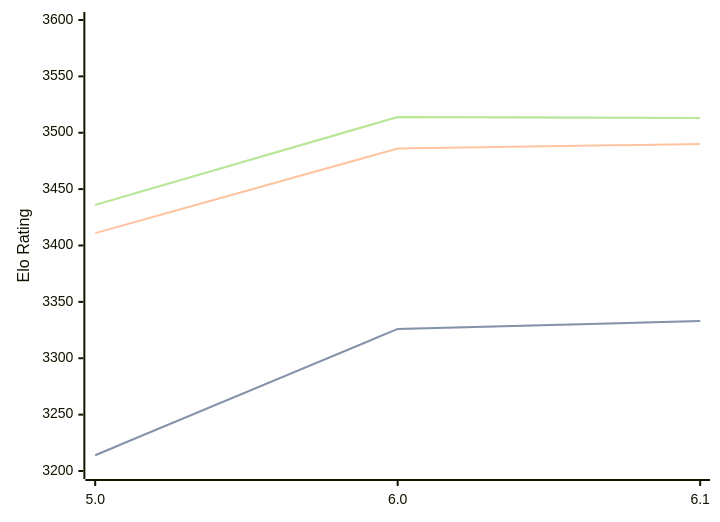
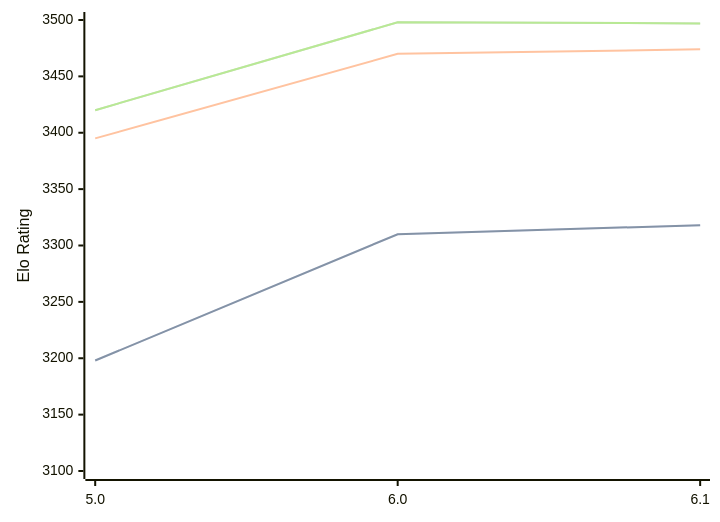
One commit to computer-chess-index/cci changed the diagram in engines/Starzix.md. Above: the diagram before and after it, drawn with Mermaid. The commit also changed other lines of this file, not shown here.

Commit message:
Update CCI Ratings (ELO VLTC) - 2026-05-20

````diff
--- a/engines/Starzix.md
+++ b/engines/Starzix.md
@@ -37,11 +37,11 @@
 ```mermaid
 %%{init: {"theme":"base","themeVariables":{"seriesColors:['#a3a3a3','#222221','#faa371']}}}%%
 xychart-beta
   x-axis ["5.0", "6.0", "6.1"]
-  y-axis "Elo Rating" 3200 --> 3600
-  line "STC (8.0+0.08s)" [3214, 3326, 3333]
-  line "STC (8.0+0.08s)" [3214, 3326, 3333]
-  line "LTC (60.0+0.60s)" [3411, 3486, 3490]
-  line "VLTC (2m24s+1.12s)" [3436, 3514, 3513]
-  line "VLTC (2m24s+1.12s)" [3436, 3514, 3513]
+  y-axis "Elo Rating" 3100 --> 3500
+  line "STC (8.0+0.08s)" [3198, 3310, 3318]
+  line "STC (8.0+0.08s)" [3198, 3310, 3318]
+  line "LTC (60.0+0.60s)" [3395, 3470, 3474]
+  line "VLTC (2m24s+1.12s)" [3420, 3498, 3497]
+  line "VLTC (2m24s+1.12s)" [3420, 3498, 3497]
 ```
````
